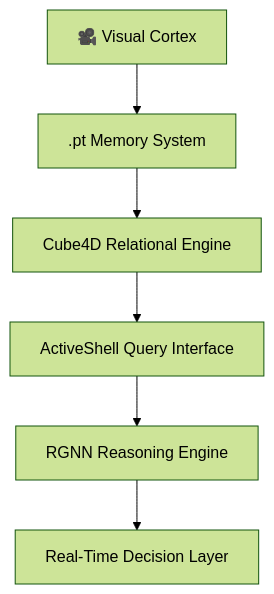
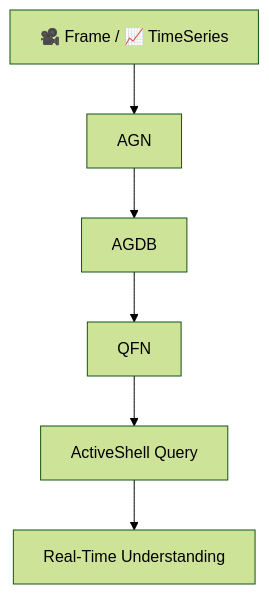
The second of 9 diagrams in README.md (TheGuyFromTheApprentice/ActiveGraphNetworks), drawn with Mermaid (forest theme) before and after one commit. The commit also changed other lines of this file and 53 other files, not shown here.

````diff
--- a/README.md
+++ b/README.md
@@ -180,8 +96,8 @@
 ```mermaid
 graph TD
-    A["🎥 Visual Cortex"] --> B[".pt Memory System"]
-    B --> C["Cube4D Relational Engine"]
-    C --> D["ActiveShell Query Interface"]
-    D --> E["RGNN Reasoning Engine"]
-    E --> F["Real-Time Decision Layer"]
+    Input["🎥 Frame / 📈 TimeSeries"] --> AGN
+    AGN --> AGDB
+    AGDB --> QFN
+    QFN --> Shell["ActiveShell Query"]
+    Shell --> Output["Real‑Time Understanding"]
 ```
````
